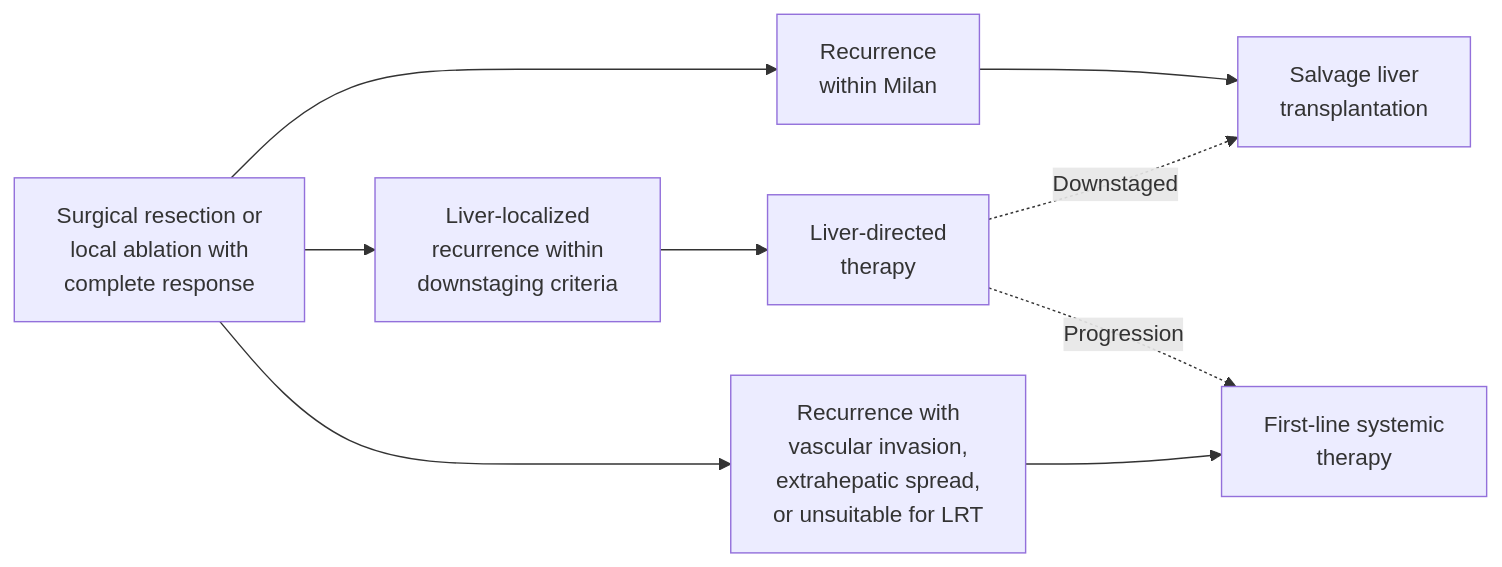
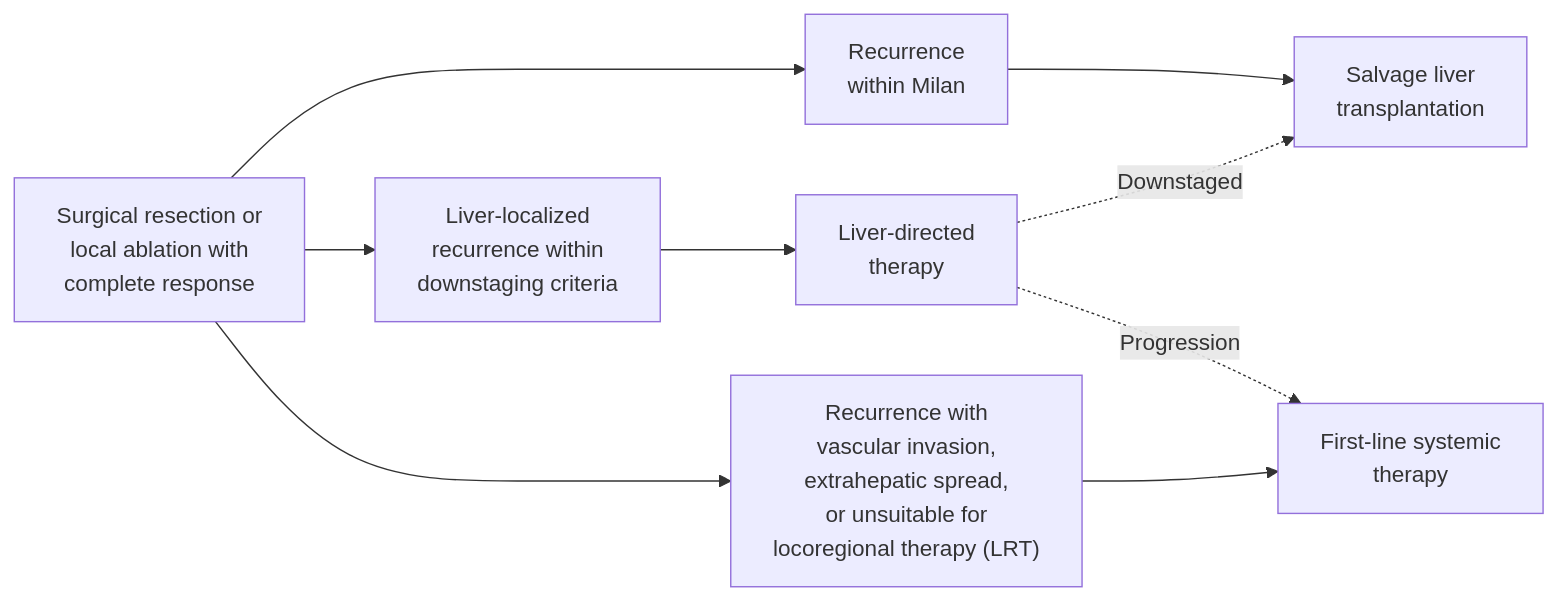
Before and after one commit to KHNickLeMD/KHNL-GI-Wiki: the diagram in KHNL-GI-Wiki/wiki/sources/aasld-2025-hcc-critical-update.md, drawn with Mermaid. The commit also changed other lines of this file and 620 other files, not shown here.

````diff
--- a/KHNL-GI-Wiki/wiki/sources/aasld-2025-hcc-critical-update.md
+++ b/KHNL-GI-Wiki/wiki/sources/aasld-2025-hcc-critical-update.md
@@ -61,11 +61,11 @@
 ```mermaid
 flowchart LR
     A["Surgical resection or<br/>local ablation with<br/>complete response"] --> B["Recurrence<br/>within Milan"]
     A --> C["Liver-localized<br/>recurrence within<br/>downstaging criteria"]
-    A --> D["Recurrence with<br/>vascular invasion,<br/>extrahepatic spread,<br/>or unsuitable for LRT"]
+    A --> D["Recurrence with<br/>vascular invasion,<br/>extrahepatic spread,<br/>or unsuitable for<br/>locoregional therapy (LRT)"]
     B --> E["Salvage liver<br/>transplantation"]
     C --> F["Liver-directed<br/>therapy"]
     D --> G["First-line systemic<br/>therapy"]
     F -.->|"Downstaged"| E
     F -.->|"Progression"| G
 ```
````
